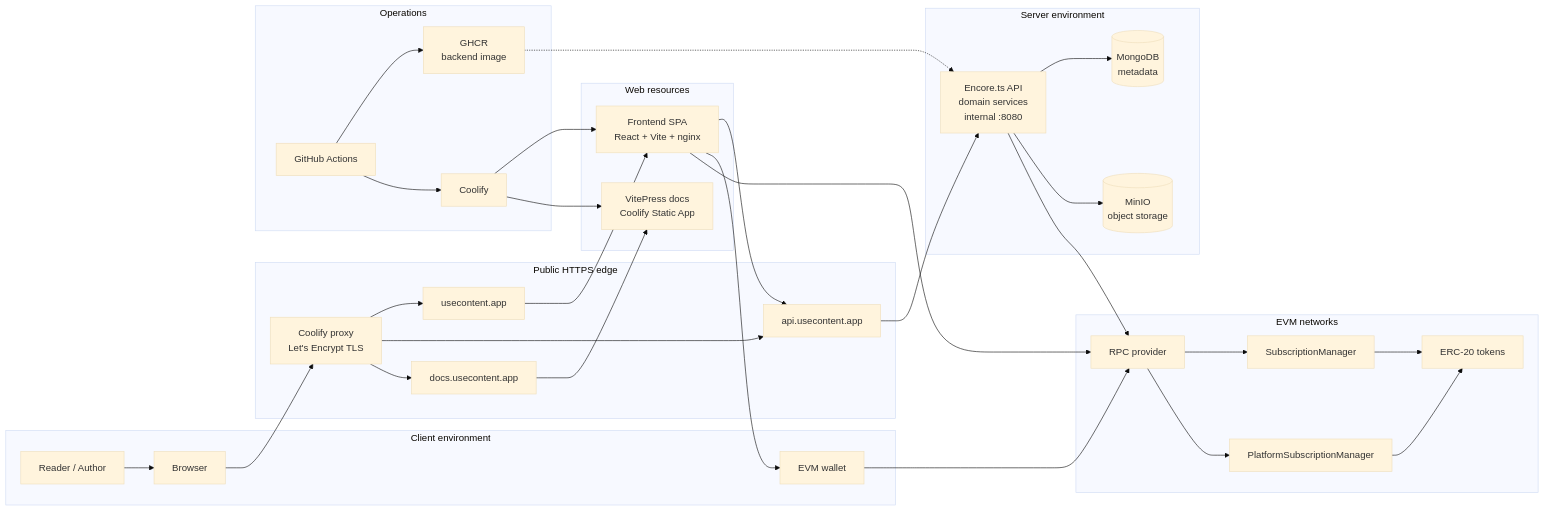
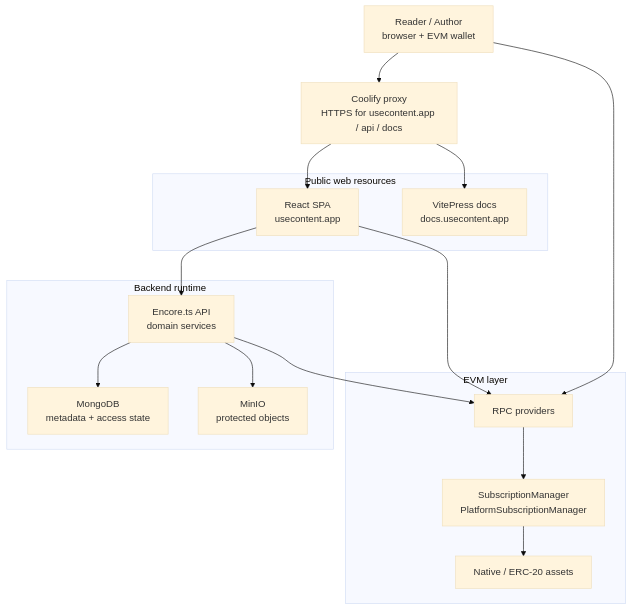
Before and after one commit to akhmetovKamil/useContent: the diagram in documentation/architecture/index.md, drawn with Mermaid (base theme). The commit also changed other lines of this file and 4 other files, not shown here.

Commit message:
Improve documentation deployment diagrams

````diff
--- a/documentation/architecture/index.md
+++ b/documentation/architecture/index.md
@@ -5,61 +5,34 @@
 ```mermaid
-flowchart LR
-    subgraph Client["Client environment"]
-        Reader["Reader / Author"]
-        Browser["Browser"]
-        Wallet["EVM wallet"]
+flowchart TD
+    User["Reader / Author<br/>browser + EVM wallet"]
+    Proxy["Coolify proxy<br/>HTTPS for usecontent.app / api / docs"]
+
+    subgraph Public["Public web resources"]
+        Frontend["React SPA<br/>usecontent.app"]
+        Docs["VitePress docs<br/>docs.usecontent.app"]
     end
 
-    subgraph Edge["Public HTTPS edge"]
-        Proxy["Coolify proxy<br/>Let's Encrypt TLS"]
-        AppDomain["usecontent.app"]
-        ApiDomain["api.usecontent.app"]
-        DocsDomain["docs.usecontent.app"]
+    subgraph Server["Backend runtime"]
+        API["Encore.ts API<br/>domain services"]
+        Data["MongoDB<br/>metadata + access state"]
+        Files["MinIO<br/>protected objects"]
     end
 
-    subgraph Web["Web resources"]
-        Frontend["Frontend SPA<br/>React + Vite + nginx"]
-        Docs["VitePress docs<br/>Coolify Static App"]
+    subgraph Web3["EVM layer"]
+        RPC["RPC providers"]
+        Managers["SubscriptionManager<br/>PlatformSubscriptionManager"]
+        Tokens["Native / ERC-20 assets"]
     end
 
-    subgraph Backend["Server environment"]
-        API["Encore.ts API<br/>domain services<br/>internal :8080"]
-        Mongo[("MongoDB<br/>metadata")]
-        MinIO[("MinIO<br/>object storage")]
-    end
-
-    subgraph Chain["EVM networks"]
-        RPC["RPC provider"]
-        ReaderManager["SubscriptionManager"]
-        PlatformManager["PlatformSubscriptionManager"]
-        ERC20["ERC-20 tokens"]
-    end
-
-    subgraph Ops["Operations"]
-        GitHub["GitHub Actions"]
-        Coolify["Coolify"]
-        GHCR["GHCR<br/>backend image"]
-    end
-
-    Reader --> Browser
-    Browser --> Proxy
-    Proxy --> AppDomain --> Frontend
-    Proxy --> ApiDomain --> API
-    Proxy --> DocsDomain --> Docs
-    Frontend --> ApiDomain
-    Frontend --> Wallet
-    Wallet --> RPC
+    User --> Proxy
+    Proxy --> Frontend
+    Proxy --> Docs
+    Frontend --> API
+    API --> Data
+    API --> Files
     Frontend --> RPC
-    API --> Mongo
-    API --> MinIO
+    User --> RPC
     API --> RPC
-    RPC --> ReaderManager
-    RPC --> PlatformManager
-    ReaderManager --> ERC20
-    PlatformManager --> ERC20
-    GitHub --> GHCR
-    GitHub --> Coolify
-    Coolify --> Frontend
-    Coolify --> Docs
-    GHCR -.-> API
+    RPC --> Managers
+    Managers --> Tokens
 ```
````
